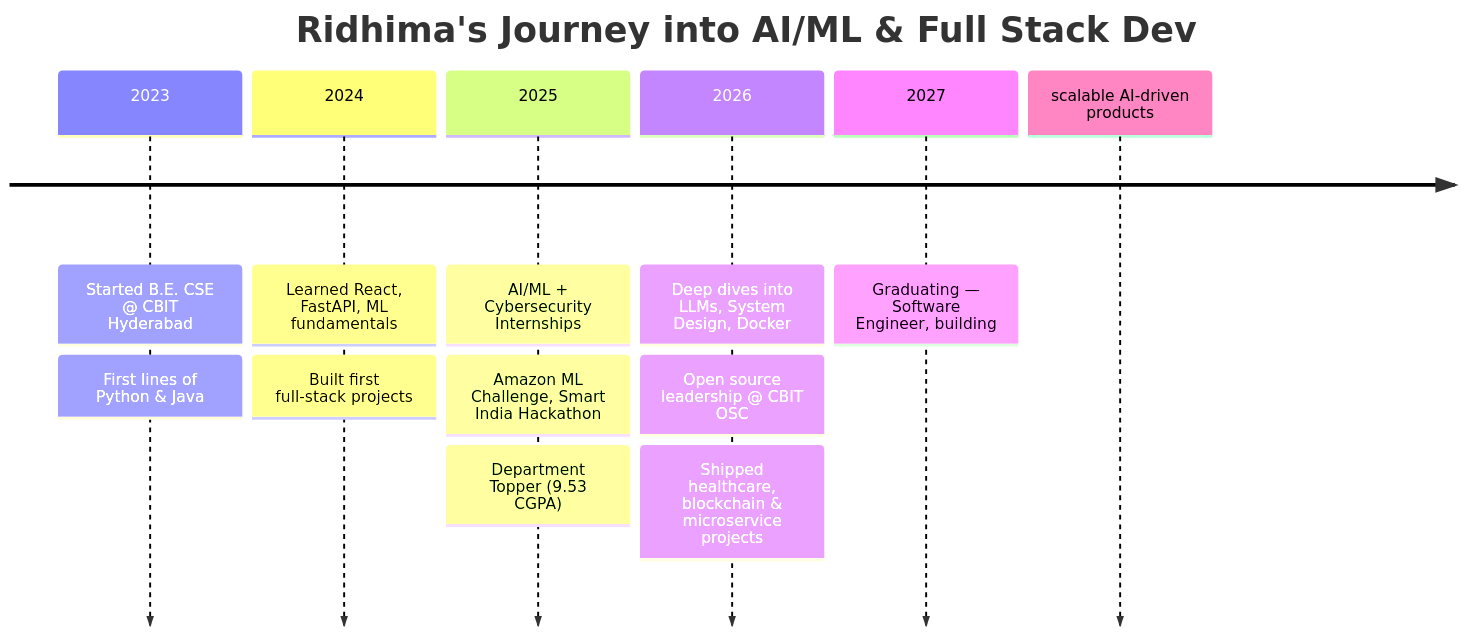
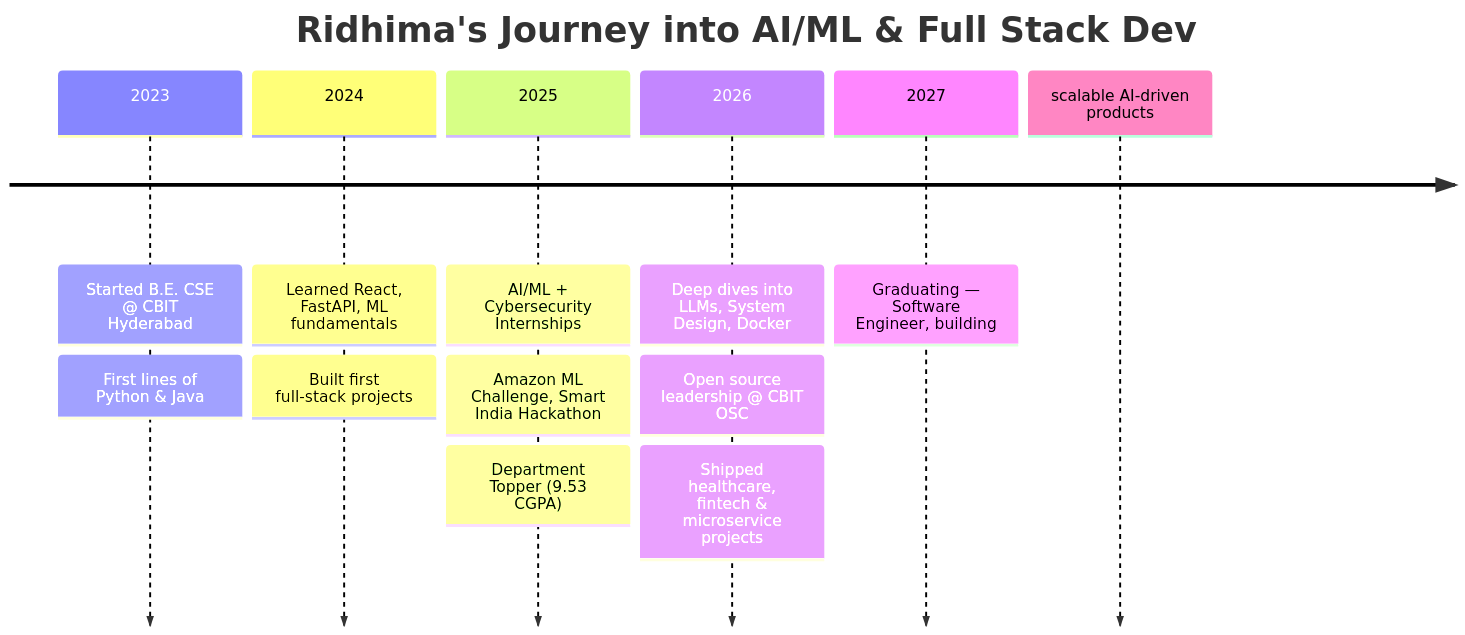
Before and after one commit to ridhima183/ridhima183: the diagram in README.MD, drawn with Mermaid. The commit also changed other lines of this file, not shown here.

````diff
--- a/README.MD
+++ b/README.MD
@@ -37,16 +37,16 @@
 ```mermaid
 timeline
     title Ridhima's Journey into AI/ML & Full Stack Dev
     2023 : Started B.E. CSE @ CBIT Hyderabad
          : First lines of Python & Java
     2024 : Learned React, FastAPI, ML fundamentals
          : Built first full-stack projects
     2025 : AI/ML + Cybersecurity Internships
          : Amazon ML Challenge, Smart India Hackathon
          : Department Topper (9.53 CGPA)
     2026 : Deep dives into LLMs, System Design, Docker
          : Open source leadership @ CBIT OSC
-         : Shipped healthcare, blockchain & microservice projects
+         : Shipped healthcare, fintech & microservice projects
     2027 : Graduating — Software Engineer, building
            scalable AI-driven products
 ```
````
